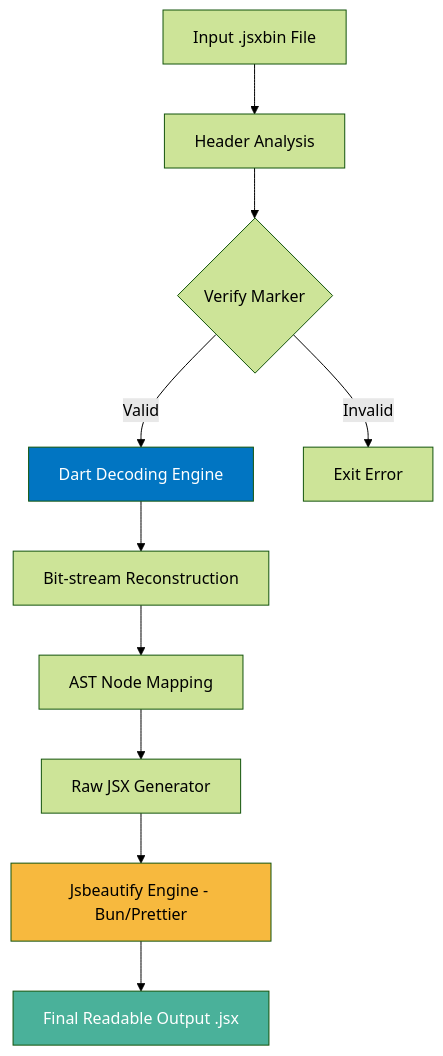
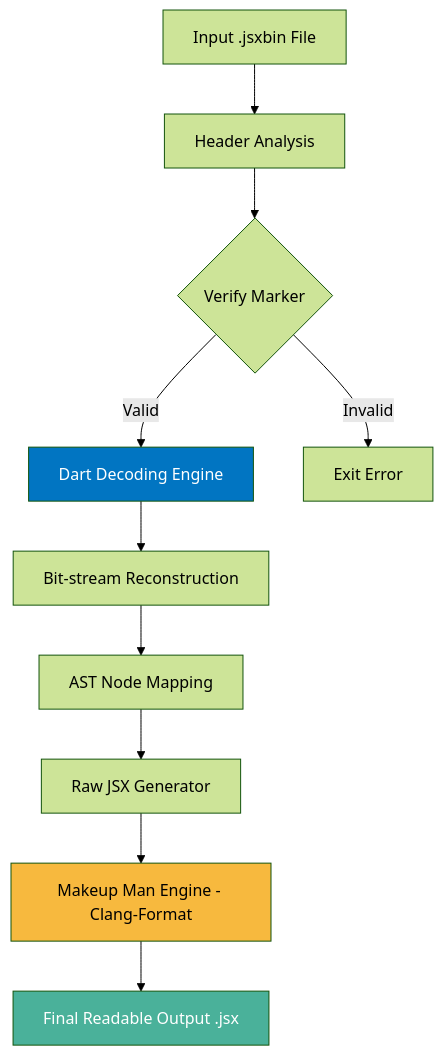
The diagram in README.md (Utsav-56/jsxbin-to-jsx-converter), drawn with Mermaid (forest theme) before and after one commit. The commit also changed other lines of this file and 6 other files, not shown here.

Commit message:
Changed the  formatting engine from bun embedded prettier to use the clang-format powered formatting. this will make the bundle smallest and minimal

````diff
--- a/README.md
+++ b/README.md
@@ -52,16 +51,16 @@
 ```mermaid
 graph TD
     A[Input .jsxbin File] --> B[Header Analysis]
     B --> C{Verify Marker}
     C -- Valid --> D[Dart Decoding Engine]
     C -- Invalid --> E[Exit Error]
     D --> F[Bit-stream Reconstruction]
     F --> G[AST Node Mapping]
     G --> H[Raw JSX Generator]
-    H --> I[Jsbeautify Engine - Bun/Prettier]
+    H --> I[Makeup Man Engine - Clang-Format]
     I --> J[Final Readable Output .jsx]
     
     style D fill:#0175C2,color:#fff
     style I fill:#F7B93E,color:#000
     style J fill:#4ab19a,color:#fff
 ```
````
